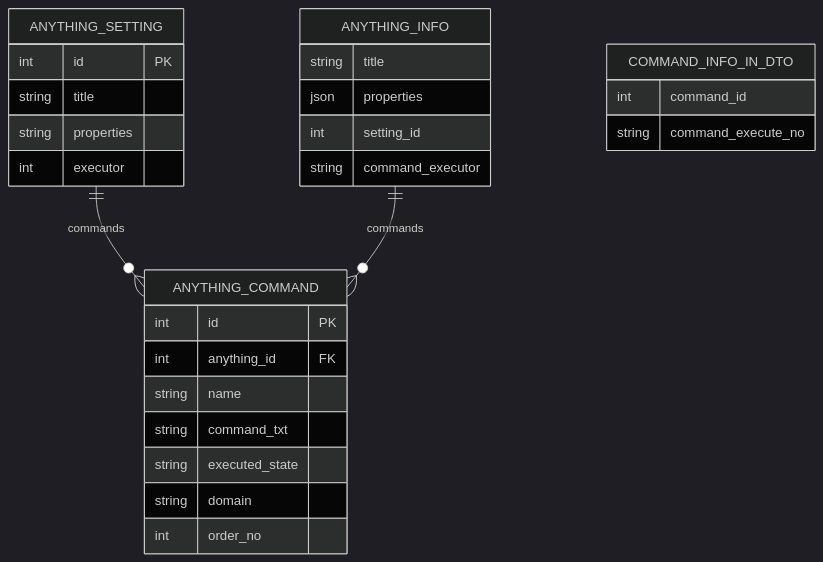
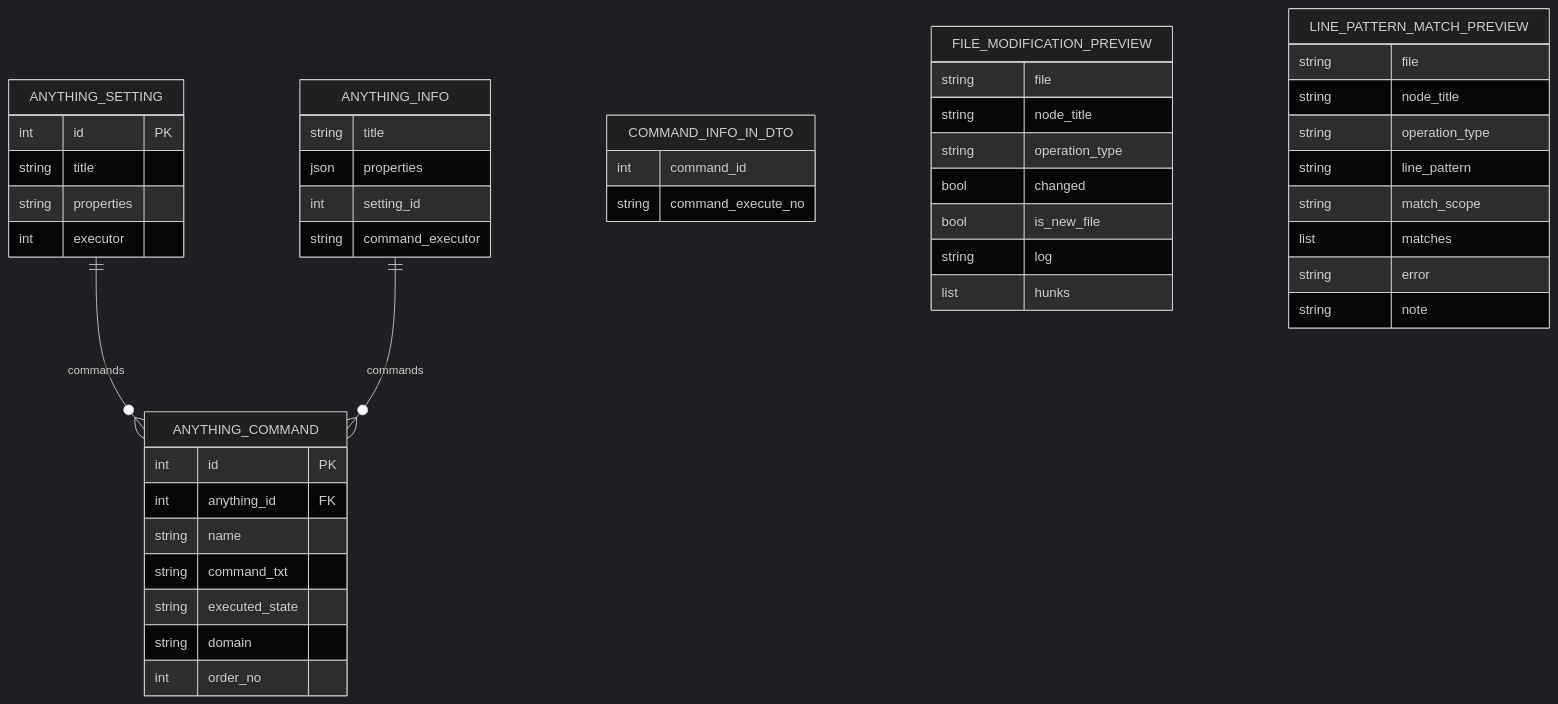
Before and after one commit to Sosososolong/AirGo: the fifth of 8 diagrams in .qoder/repowiki/zh/content/项目概述/核心特性/远程主机管理/控制器集成接口.md, drawn with Mermaid (dark theme). The commit also changed other lines of this file and 12 other files, not shown here.

````diff
--- a/.qoder/repowiki/zh/content/项目概述/核心特性/远程主机管理/控制器集成接口.md
+++ b/.qoder/repowiki/zh/content/项目概述/核心特性/远程主机管理/控制器集成接口.md
@@ -263,30 +309,49 @@
 ```mermaid
 erDiagram
 ANYTHING_SETTING {
 int id PK
 string title
 string properties
 int executor
 }
 ANYTHING_COMMAND {
 int id PK
 int anything_id FK
 string name
 string command_txt
 string executed_state
 string domain
 int order_no
 }
 ANYTHING_INFO {
 string title
 json properties
 int setting_id
 string command_executor
 }
 COMMAND_INFO_IN_DTO {
 int command_id
 string command_execute_no
 }
+FILE_MODIFICATION_PREVIEW {
+string file
+string node_title
+string operation_type
+bool changed
+bool is_new_file
+string log
+list hunks
+}
+LINE_PATTERN_MATCH_PREVIEW {
+string file
+string node_title
+string operation_type
+string line_pattern
+string match_scope
+list matches
+string error
+string note
+}
 ANYTHING_SETTING ||--o{ ANYTHING_COMMAND : "commands"
 ANYTHING_INFO ||--o{ ANYTHING_COMMAND : "commands"
 ```
````
